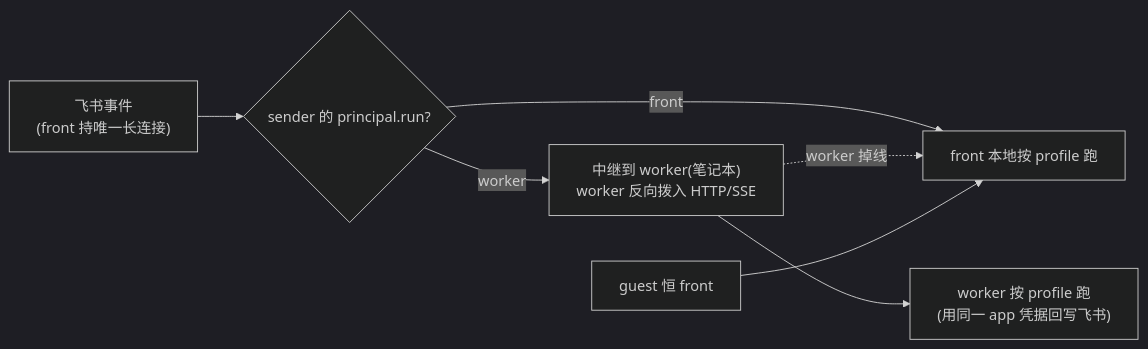
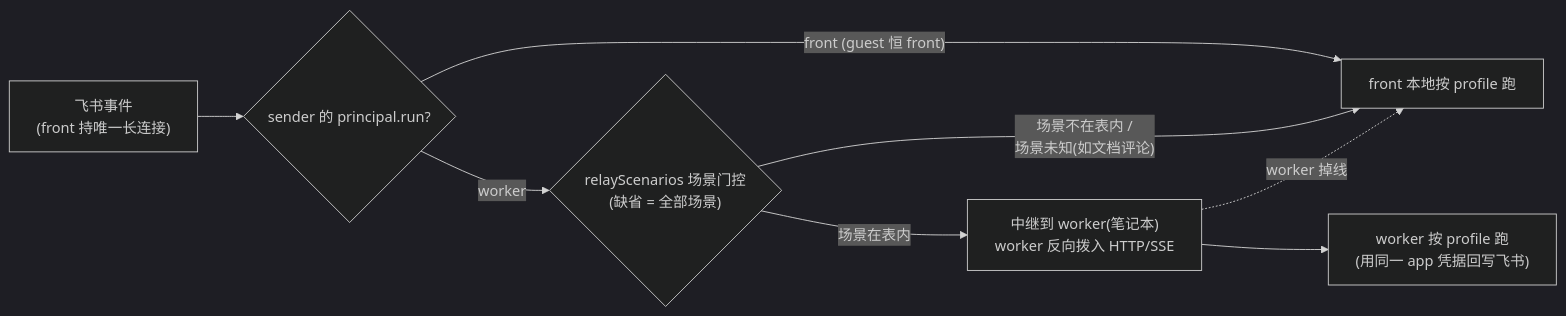
The tenth of 11 diagrams in CONFIGURATION.zh.md (sorphwer/feishu-omp-bridge), drawn with Mermaid (dark theme) before and after one commit. The commit also changed other lines of this file and 12 other files, not shown here.

````diff
--- a/CONFIGURATION.zh.md
+++ b/CONFIGURATION.zh.md
@@ -605,9 +636,10 @@
 ```mermaid
 flowchart LR
   EV["飞书事件<br/>(front 持唯一长连接)"] --> Q{"sender 的 principal.run?"}
-  Q -->|front| LOCAL["front 本地按 profile 跑"]
-  Q -->|worker| RELAY["中继到 worker(笔记本)<br/>worker 反向拨入 HTTP/SSE"]
+  Q -->|"front (guest 恒 front)"| LOCAL["front 本地按 profile 跑"]
+  Q -->|worker| SG{"relayScenarios 场景门控<br/>(缺省 = 全部场景)"}
+  SG -->|"场景在表内"| RELAY["中继到 worker(笔记本)<br/>worker 反向拨入 HTTP/SSE"]
+  SG -->|"场景不在表内 /<br/>场景未知(如文档评论)"| LOCAL
   RELAY --> WRUN["worker 按 profile 跑<br/>(用同一 app 凭据回写飞书)"]
   RELAY -.->|worker 掉线| LOCAL
-  GUEST["guest 恒 front"] --> LOCAL
 ```
````
